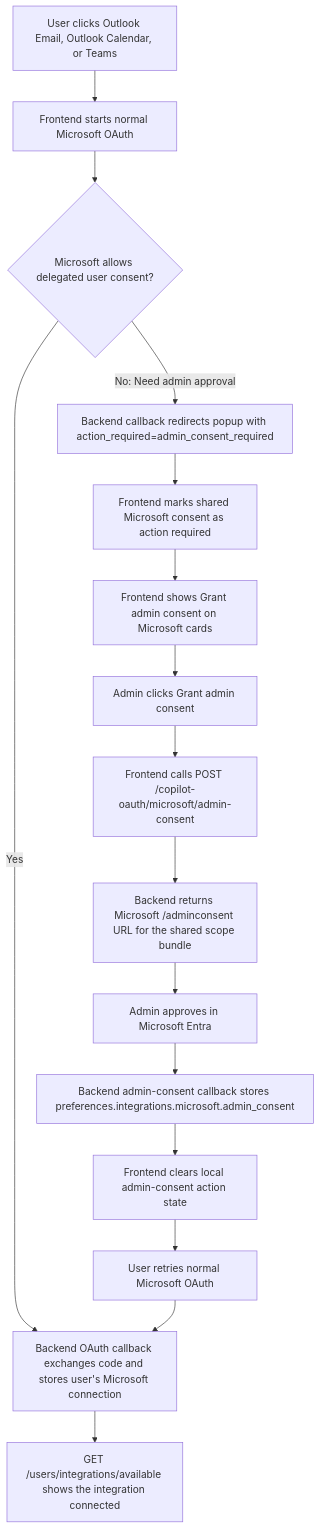
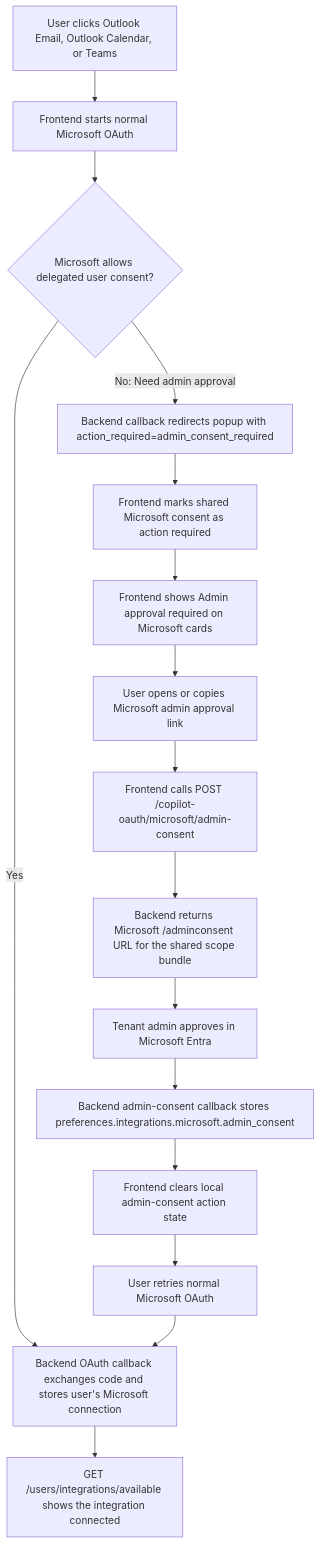
One commit to CopilotGTM/copilot-backend changed the first of 2 diagrams in docs/API Documentation/integrations-api.md. Above: the diagram before and after it, drawn with Mermaid. The commit also changed other lines of this file and 3 other files, not shown here.

Commit message:
Handle Microsoft admin consent denial

````diff
--- a/docs/API Documentation/integrations-api.md
+++ b/docs/API Documentation/integrations-api.md
@@ -1114,18 +1114,18 @@
 ```mermaid
 flowchart TD
     A[User clicks Outlook Email, Outlook Calendar, or Teams] --> B[Frontend starts normal Microsoft OAuth]
     B --> C{Microsoft allows delegated user consent?}
     C -->|Yes| D[Backend OAuth callback exchanges code and stores user's Microsoft connection]
     D --> E[GET /users/integrations/available shows the integration connected]
     C -->|No: Need admin approval| F[Backend callback redirects popup with action_required=admin_consent_required]
     F --> G[Frontend marks shared Microsoft consent as action required]
-    G --> H[Frontend shows Grant admin consent on Microsoft cards]
-    H --> I[Admin clicks Grant admin consent]
+    G --> H[Frontend shows Admin approval required on Microsoft cards]
+    H --> I[User opens or copies Microsoft admin approval link]
     I --> J[Frontend calls POST /copilot-oauth/microsoft/admin-consent]
     J --> K[Backend returns Microsoft /adminconsent URL for the shared scope bundle]
-    K --> L[Admin approves in Microsoft Entra]
+    K --> L[Tenant admin approves in Microsoft Entra]
     L --> M[Backend admin-consent callback stores preferences.integrations.microsoft.admin_consent]
     M --> N[Frontend clears local admin-consent action state]
     N --> O[User retries normal Microsoft OAuth]
     O --> D
 ```
````
